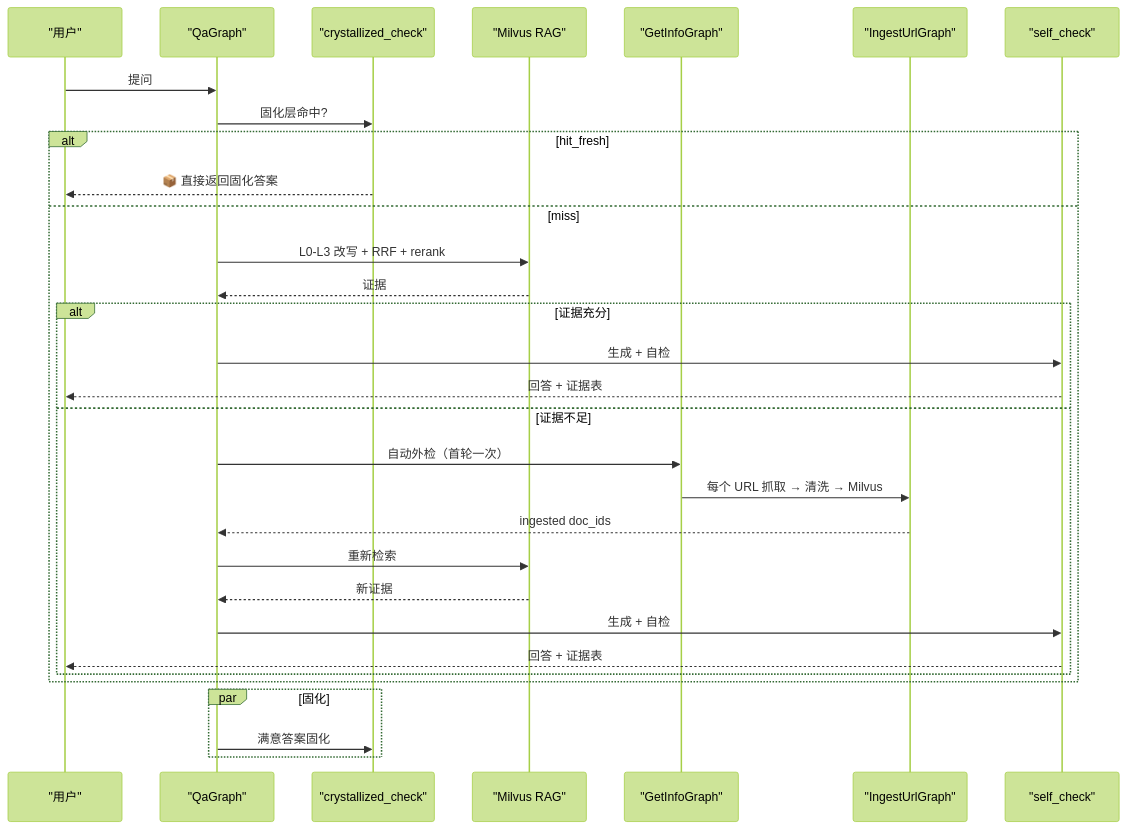
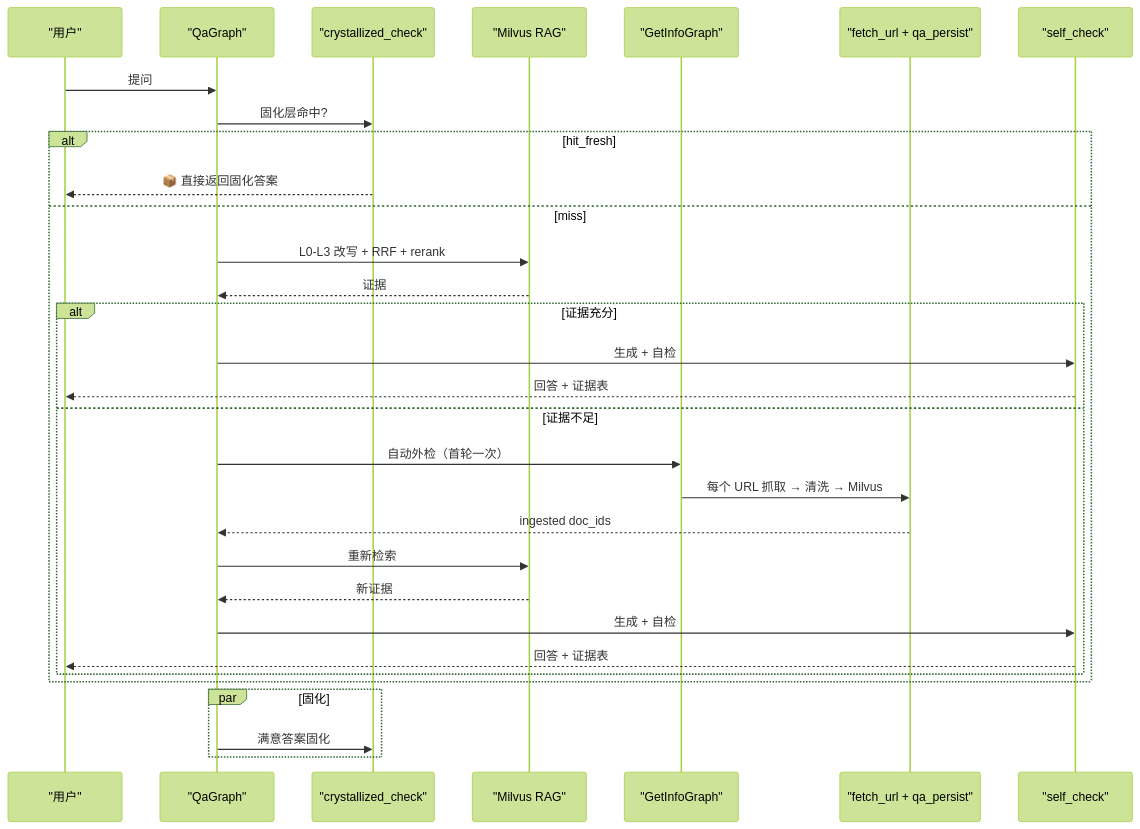
One commit to mengsi16/brain-base changed the diagram in README.md. Above: the diagram before and after it, drawn with Mermaid (forest theme). The commit also changed other lines of this file and 45 other files, not shown here.

First line of the commit message:
refactor(T50+T54+T55+T56): orphan module cleanup + architecture flattening

````diff
--- a/README.md
+++ b/README.md
@@ -132,34 +131,34 @@
 ```mermaid
 sequenceDiagram
     participant U as "用户"
     participant QA as "QaGraph"
     participant CRY as "crystallized_check"
     participant MV as "Milvus RAG"
     participant GI as "GetInfoGraph"
-    participant IU as "IngestUrlGraph"
+    participant IU as "fetch_url + qa_persist"
     participant CHK as "self_check"
 
     U->>QA: 提问
     QA->>CRY: 固化层命中?
     alt hit_fresh
         CRY-->>U: 📦 直接返回固化答案
     else miss
         QA->>MV: L0-L3 改写 + RRF + rerank
         MV-->>QA: 证据
         alt 证据充分
             QA->>CHK: 生成 + 自检
             CHK-->>U: 回答 + 证据表
         else 证据不足
             QA->>GI: 自动外检（首轮一次）
             GI->>IU: 每个 URL 抓取 → 清洗 → Milvus
             IU-->>QA: ingested doc_ids
             QA->>MV: 重新检索
             MV-->>QA: 新证据
             QA->>CHK: 生成 + 自检
             CHK-->>U: 回答 + 证据表
         end
     end
     par 固化
         QA->>CRY: 满意答案固化
     end
 ```
````
